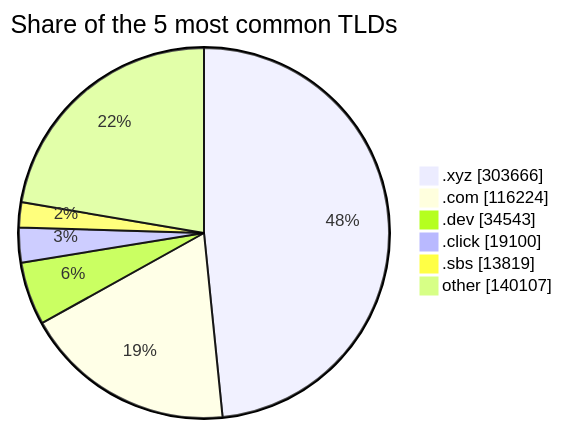
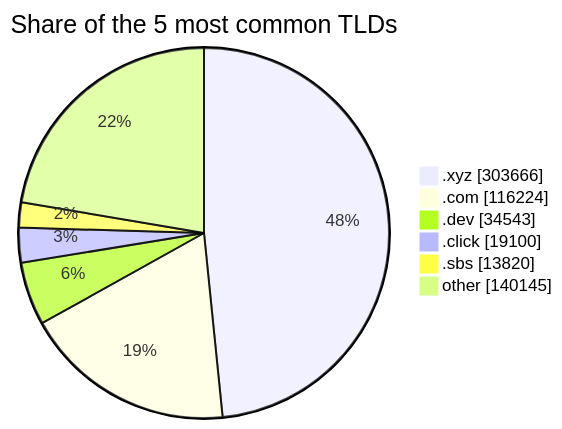
One commit to DNSBunker/CTI changed the third of 3 diagrams in README.md. Above: the diagram before and after it, drawn with Mermaid. The commit also changed other lines of this file and 3 other files, not shown here.

````diff
--- a/README.md
+++ b/README.md
@@ -81,9 +81,9 @@
 ```mermaid
 pie showData title Share of the 5 most common TLDs
     ".xyz" : 303666
     ".com" : 116224
     ".dev" : 34543
     ".click" : 19100
-    ".sbs" : 13819
-    "other" : 140107
+    ".sbs" : 13820
+    "other" : 140145
 ```
````
